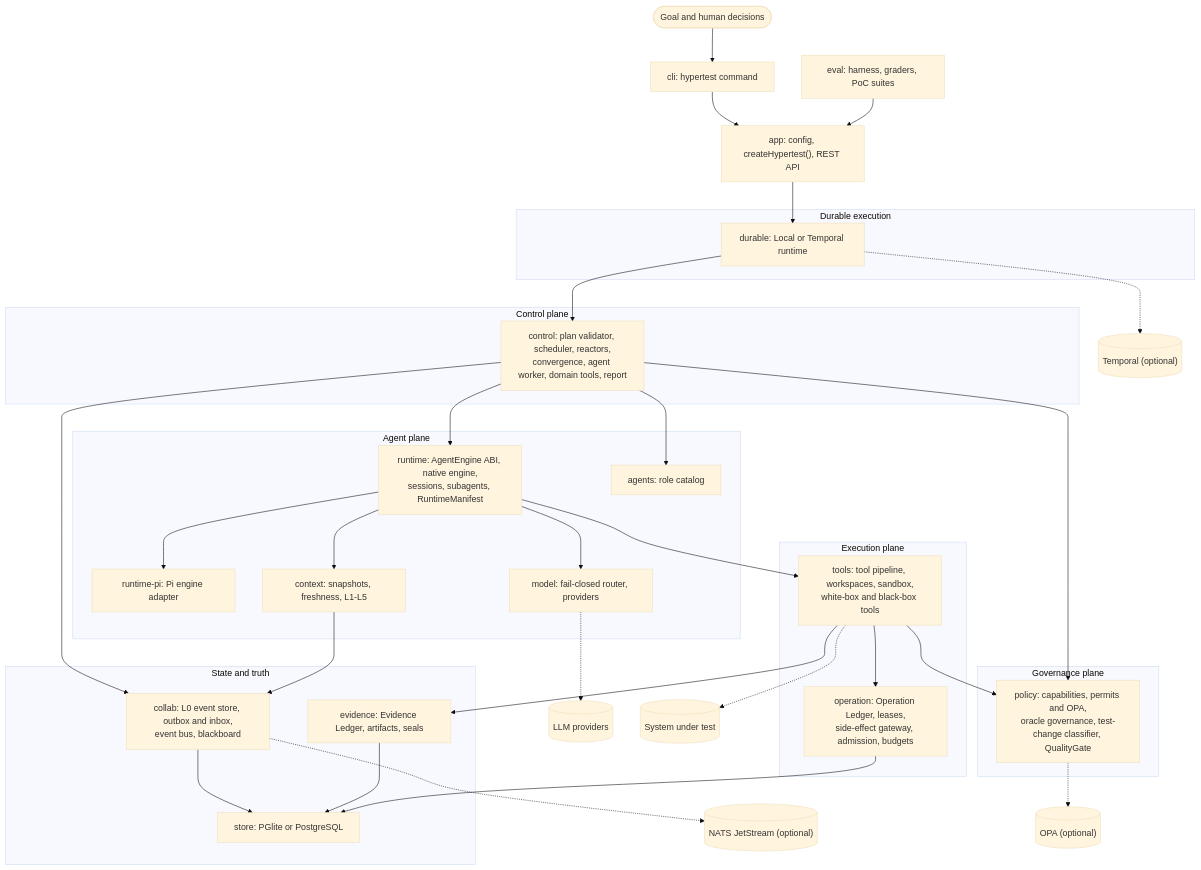
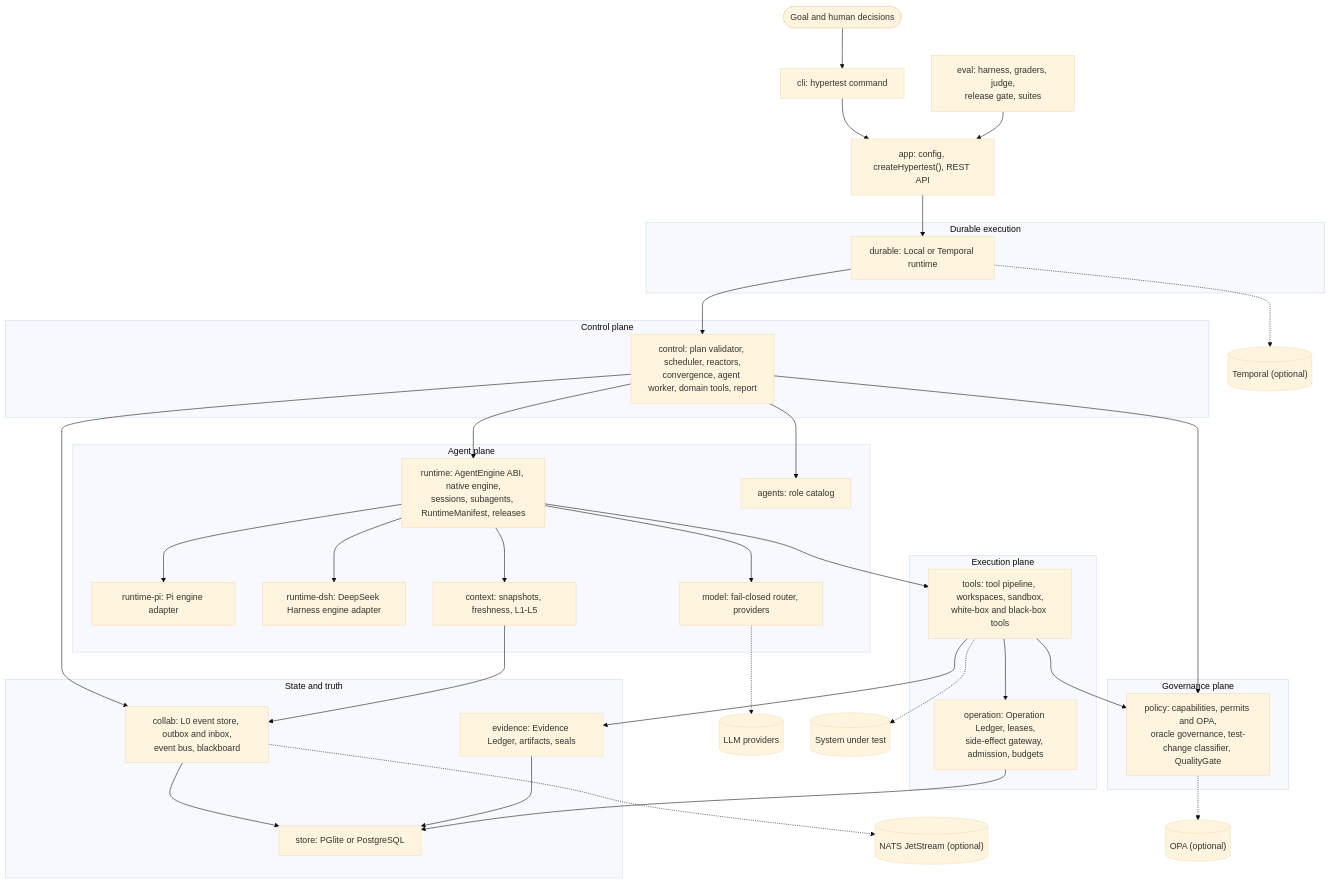
The diagram in README.md (ZhangLiangchen/hypertest), drawn with Mermaid (base theme) before and after one commit. The commit also changed other lines of this file and 110 other files, not shown here.

````diff
--- a/README.md
+++ b/README.md
@@ -53,53 +54,55 @@
 ```mermaid
 flowchart TB
   human(["Goal and human decisions"]) --> cli["cli: hypertest command"]
   cli --> app["app: config, createHypertest(), REST API"]
-  eval["eval: harness, graders, PoC suites"] --> app
+  eval["eval: harness, graders, judge,<br/>release gate, suites"] --> app
   app --> durable
   subgraph DUR["Durable execution"]
     durable["durable: Local or Temporal runtime"]
   end
   subgraph CTL["Control plane"]
     control["control: plan validator, scheduler, reactors,<br/>convergence, agent worker, domain tools, report"]
   end
   subgraph AGT["Agent plane"]
-    runtime["runtime: AgentEngine ABI, native engine,<br/>sessions, subagents, RuntimeManifest"]
+    runtime["runtime: AgentEngine ABI, native engine,<br/>sessions, subagents, RuntimeManifest, releases"]
     pi["runtime-pi: Pi engine adapter"]
+    dsh["runtime-dsh: DeepSeek Harness engine adapter"]
     agents["agents: role catalog"]
     model["model: fail-closed router, providers"]
     context["context: snapshots, freshness, L1-L5"]
   end
   subgraph EXE["Execution plane"]
     tools["tools: tool pipeline, workspaces, sandbox,<br/>white-box and black-box tools"]
     operation["operation: Operation Ledger, leases,<br/>side-effect gateway, admission, budgets"]
   end
   subgraph GOV["Governance plane"]
     policy["policy: capabilities, permits and OPA,<br/>oracle governance, test-change classifier, QualityGate"]
   end
   subgraph TRU["State and truth"]
     collab["collab: L0 event store, outbox and inbox,<br/>event bus, blackboard"]
     evidence["evidence: Evidence Ledger, artifacts, seals"]
     store["store: PGlite or PostgreSQL"]
   end
   durable --> control
   control --> runtime
   control --> agents
   control --> policy
   control --> collab
   runtime --> pi
+  runtime --> dsh
   runtime --> model
   runtime --> context
   runtime --> tools
   tools --> policy
   tools --> operation
   tools --> evidence
   context --> collab
   collab --> store
   evidence --> store
   operation --> store
   model -.-> llm[("LLM providers")]
   tools -.-> sut[("System under test")]
   collab -.-> nats[("NATS JetStream (optional)")]
   durable -.-> temporal[("Temporal (optional)")]
   policy -.-> opa[("OPA (optional)")]
 ```
````
